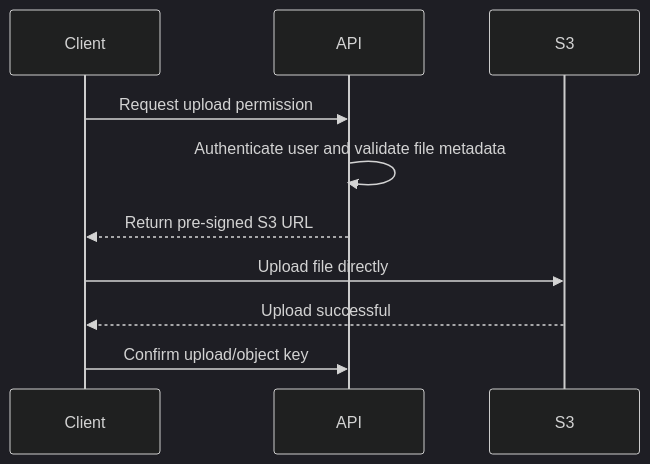
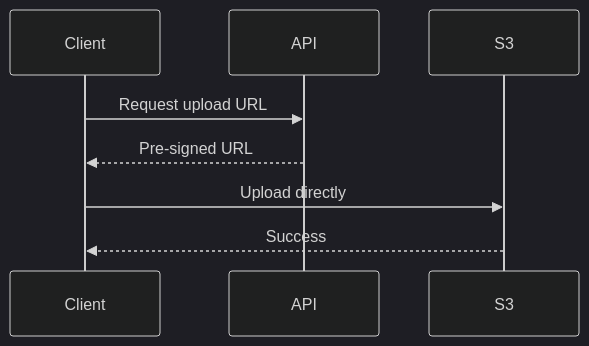
Before and after one commit to AvadhBhalodiya/Interview-Preparation: the third of 9 diagrams in src/content/devops/aws-core-services.md, drawn with Mermaid (dark theme). The commit also changed other lines of this file and 54 other files, not shown here.

````diff
--- a/src/content/devops/aws-core-services.md
+++ b/src/content/devops/aws-core-services.md
@@ -425,13 +199,11 @@
 ```mermaid
 sequenceDiagram
     participant Client
     participant API
     participant S3
 
-    Client->>API: Request upload permission
-    API->>API: Authenticate user and validate file metadata
-    API-->>Client: Return pre-signed S3 URL
-    Client->>S3: Upload file directly
-    S3-->>Client: Upload successful
-    Client->>API: Confirm upload/object key
+    Client->>API: Request upload URL
+    API-->>Client: Pre-signed URL
+    Client->>S3: Upload directly
+    S3-->>Client: Success
 ```
````
